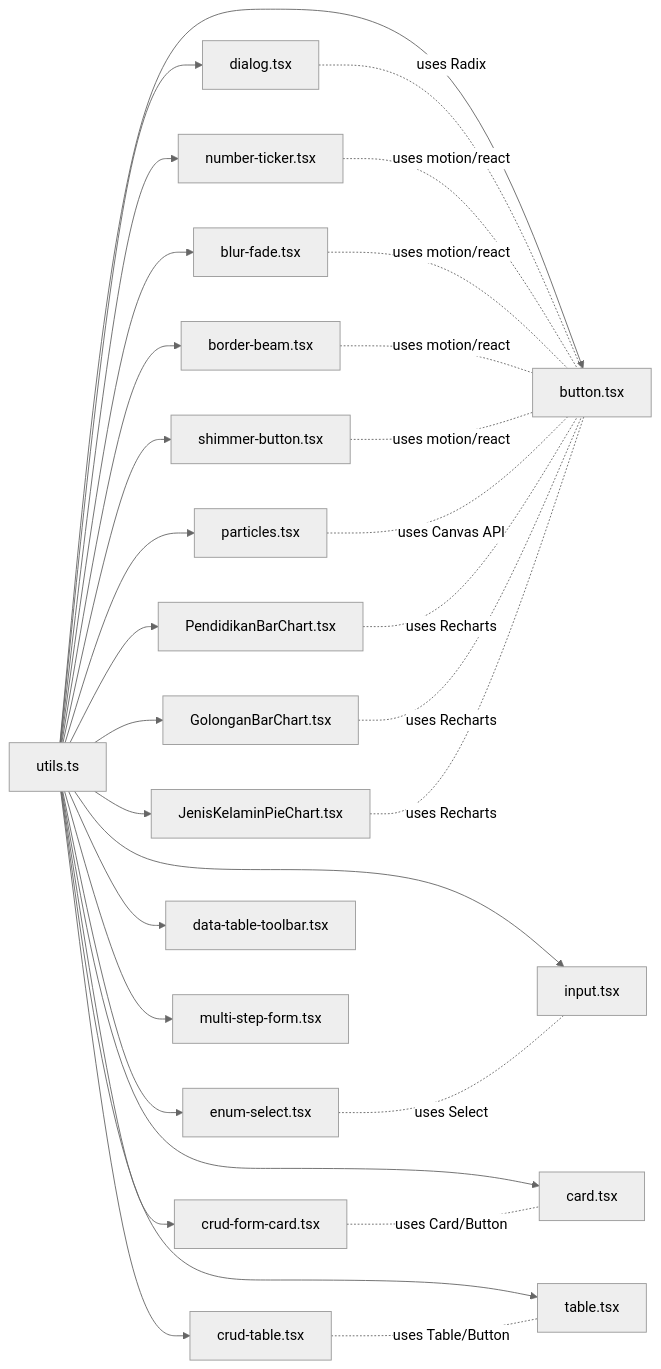
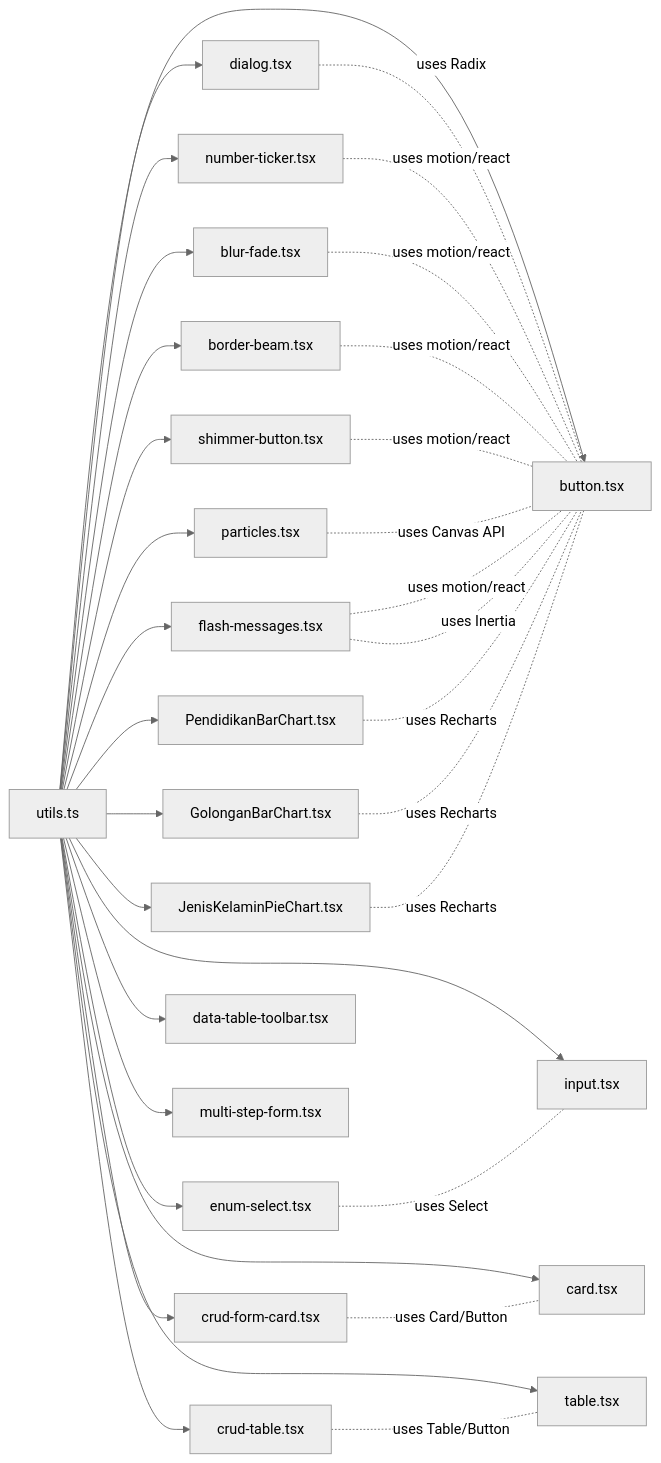
Diagram 24 of 24 in .qoder/repowiki/en/content/Frontend Architecture/React Component System/React Component System.md (PA-Penajam/kepegawaian_apps), drawn with Mermaid (neutral theme) before and after one commit. The commit also changed other lines of this file and 13 other files, not shown here.

````diff
--- a/.qoder/repowiki/en/content/Frontend Architecture/React Component System/React Component System.md
+++ b/.qoder/repowiki/en/content/Frontend Architecture/React Component System/React Component System.md
@@ -1062,33 +1166,36 @@
 ```mermaid
 graph LR
 UTIL["utils.ts"] --> BTN["button.tsx"]
 UTIL --> INP["input.tsx"]
 UTIL --> CARD["card.tsx"]
 UTIL --> TABLE["table.tsx"]
 UTIL --> DLG["dialog.tsx"]
 UTIL --> NT["number-ticker.tsx"]
 UTIL --> BF["blur-fade.tsx"]
 UTIL --> BB["border-beam.tsx"]
 UTIL --> SB["shimmer-button.tsx"]
 UTIL --> PRT["particles.tsx"]
+UTIL --> FM["flash-messages.tsx"]
 UTIL --> PBC["PendidikanBarChart.tsx"]
 UTIL --> GBC["GolonganBarChart.tsx"]
 UTIL --> JKPC["JenisKelaminPieChart.tsx"]
 UTIL --> CFC["crud-form-card.tsx"]
 UTIL --> CTBL["crud-table.tsx"]
 UTIL --> DTT["data-table-toolbar.tsx"]
 UTIL --> MSF["multi-step-form.tsx"]
 UTIL --> ENUMSEL["enum-select.tsx"]
 DLG -. uses Radix .- BTN
 NT -. uses motion/react .- BTN
 BF -. uses motion/react .- BTN
 BB -. uses motion/react .- BTN
 SB -. uses motion/react .- BTN
 PRT -. uses Canvas API .- BTN
+FM -. uses motion/react .- BTN
+FM -. uses Inertia .- BTN
 PBC -. uses Recharts .- BTN
 GBC -. uses Recharts .- BTN
 JKPC -. uses Recharts .- BTN
 ENUMSEL -. uses Select .- INP
 CFC -. uses Card/Button .- CARD
 CTBL -. uses Table/Button .- TABLE
 ```
````
